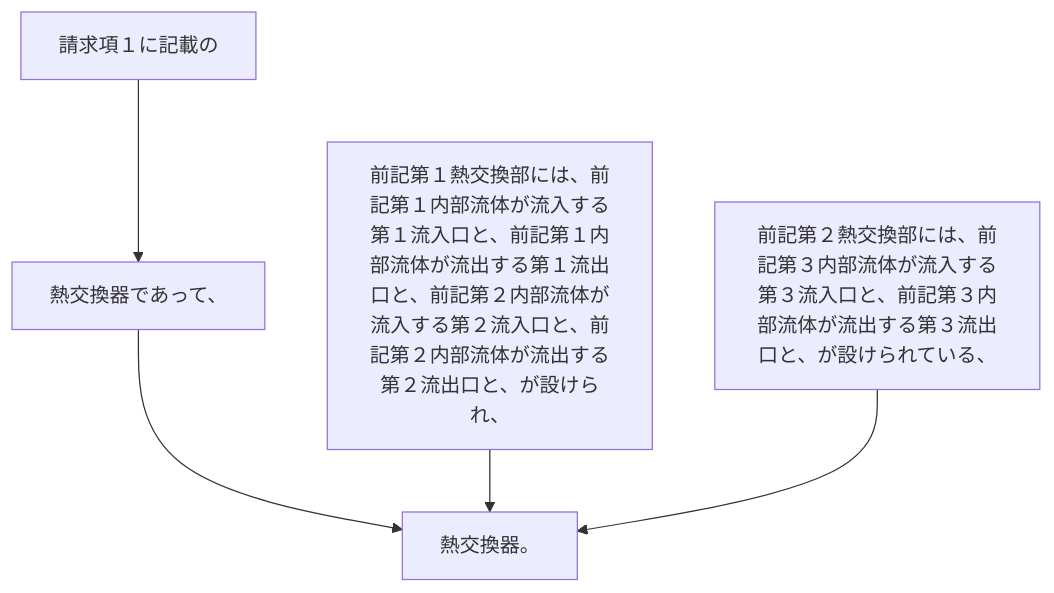
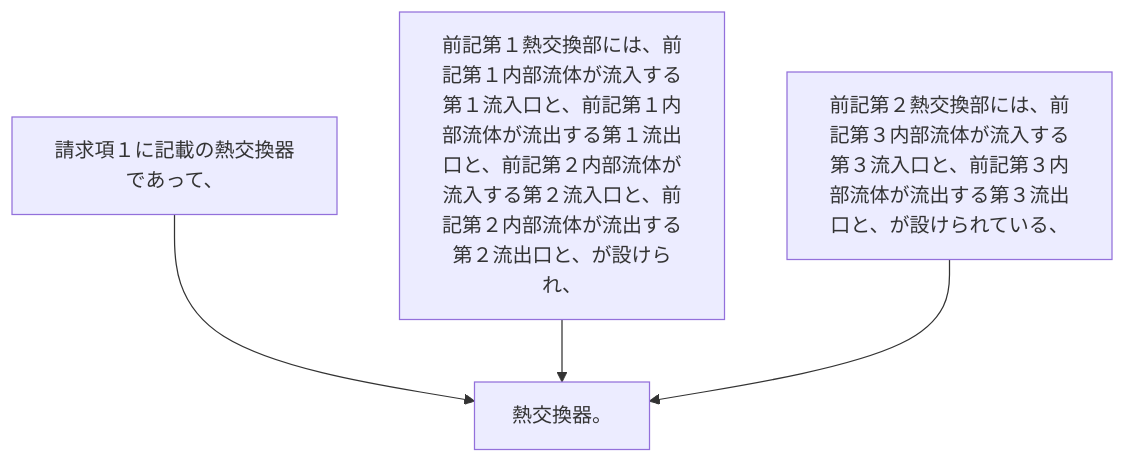
Before and after one commit to shinmori55/patent_analyzed: the diagram in 2024/JP2024007944A/claim_7/README.md, drawn with Mermaid. The commit also changed 11 other files, not shown here.

````diff
--- a/2024/JP2024007944A/claim_7/README.md
+++ b/2024/JP2024007944A/claim_7/README.md
@@ -4,12 +4,10 @@
 ```mermaid
 flowchart TD
-A[請求項１に記載の]
-B[熱交換器であって、]
-C[前記第１熱交換部には、前記第１内部流体が流入する第１流入口と、前記第１内部流体が流出する第１流出口と、前記第２内部流体が流入する第２流入口と、前記第２内部流体が流出する第２流出口と、が設けられ、]
-D[前記第２熱交換部には、前記第３内部流体が流入する第３流入口と、前記第３内部流体が流出する第３流出口と、が設けられている、]
-E[熱交換器。]
-A --> B
-B --> E
-C --> E
-D --> E
+A[請求項１に記載の熱交換器であって、]
+B[前記第１熱交換部には、前記第１内部流体が流入する第１流入口と、前記第１内部流体が流出する第１流出口と、前記第２内部流体が流入する第２流入口と、前記第２内部流体が流出する第２流出口と、が設けられ、]
+C[前記第２熱交換部には、前記第３内部流体が流入する第３流入口と、前記第３内部流体が流出する第３流出口と、が設けられている、]
+D[熱交換器。]
+A --> D
+B --> D
+C --> D
 ```
````
